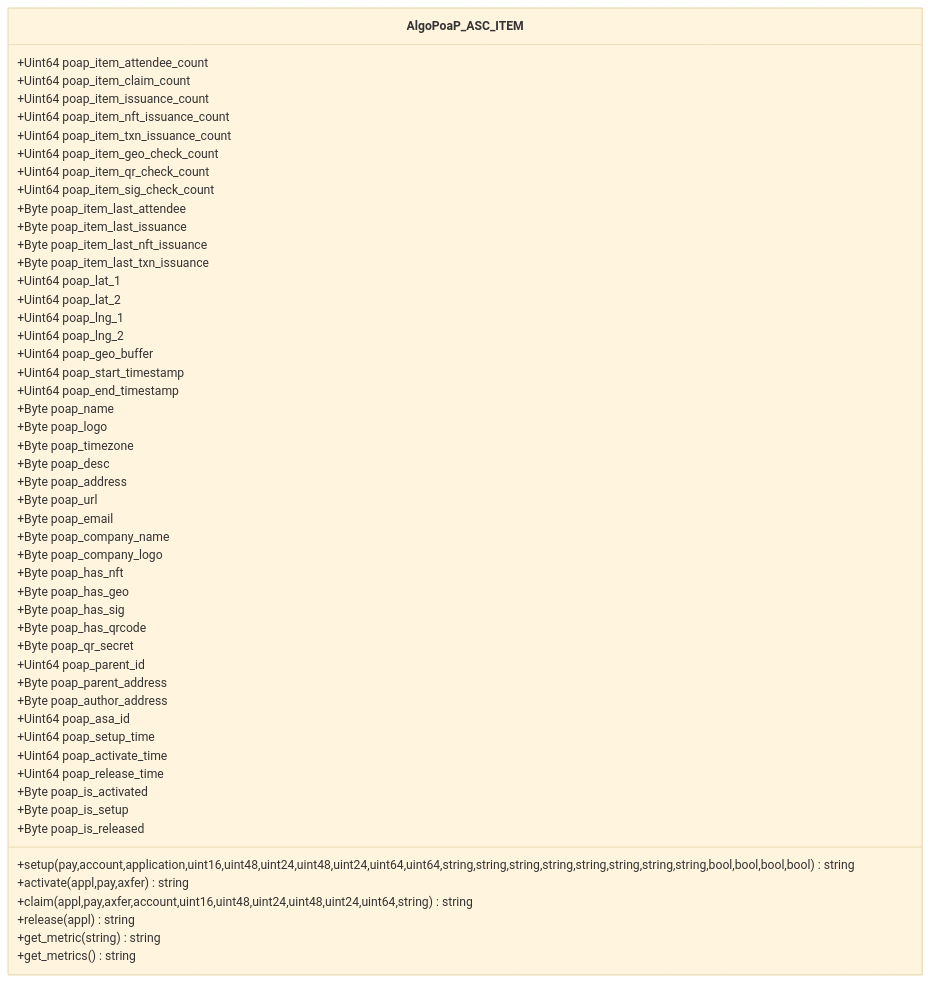
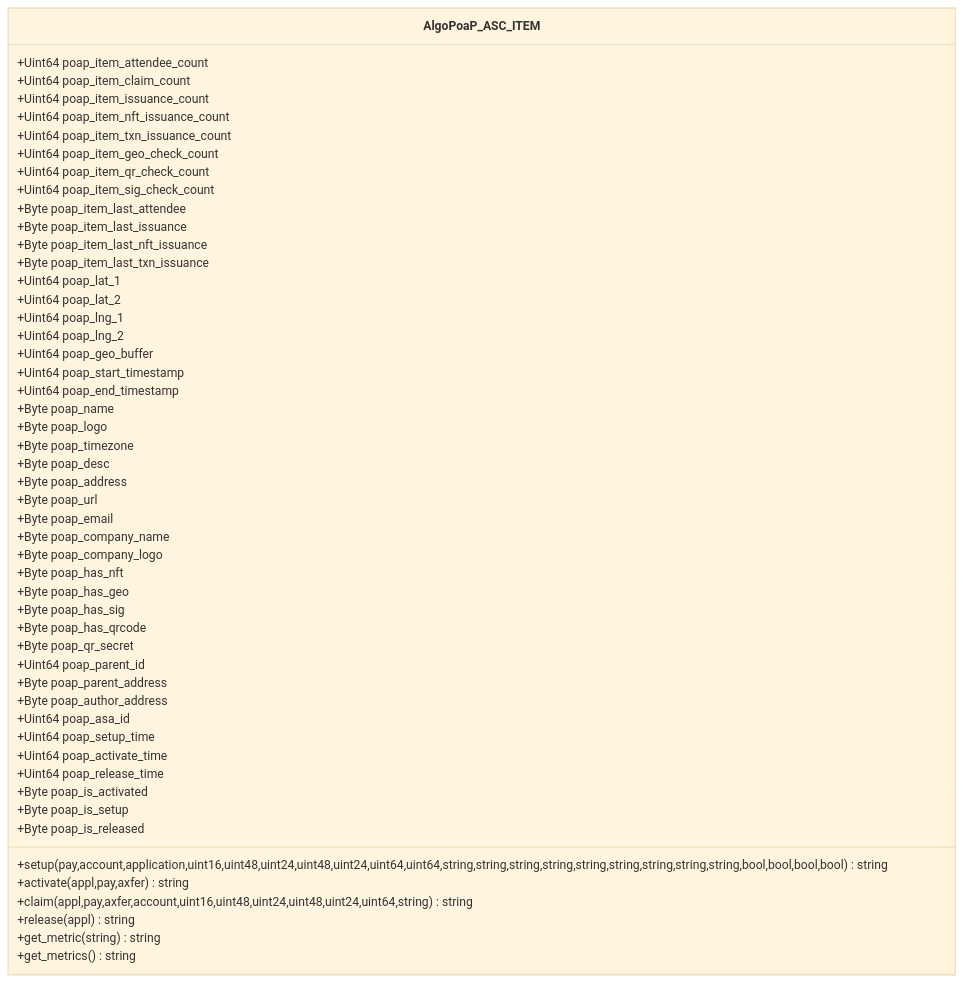
Before and after one commit to GoPlausible/.github: the tenth of 10 diagrams in profile/README.md, drawn with Mermaid (base theme).

````diff
--- a/profile/README.md
+++ b/profile/README.md
@@ -612,71 +612,71 @@
 ```mermaid
   classDiagram
     class AlgoPoaP_ASC_ITEM
     AlgoPoaP_ASC_ITEM : +Uint64 poap_item_attendee_count
     AlgoPoaP_ASC_ITEM : +Uint64 poap_item_claim_count
     AlgoPoaP_ASC_ITEM : +Uint64 poap_item_issuance_count
     AlgoPoaP_ASC_ITEM : +Uint64 poap_item_nft_issuance_count
     AlgoPoaP_ASC_ITEM : +Uint64 poap_item_txn_issuance_count
 
     AlgoPoaP_ASC_ITEM : +Uint64 poap_item_geo_check_count
     AlgoPoaP_ASC_ITEM : +Uint64 poap_item_qr_check_count
     AlgoPoaP_ASC_ITEM : +Uint64 poap_item_sig_check_count
 
   
     AlgoPoaP_ASC_ITEM : +Byte poap_item_last_attendee
     AlgoPoaP_ASC_ITEM : +Byte poap_item_last_issuance
     AlgoPoaP_ASC_ITEM : +Byte poap_item_last_nft_issuance
     AlgoPoaP_ASC_ITEM : +Byte poap_item_last_txn_issuance
 
 
     AlgoPoaP_ASC_ITEM : +Uint64 poap_lat_1
     AlgoPoaP_ASC_ITEM : +Uint64 poap_lat_2
     AlgoPoaP_ASC_ITEM : +Uint64 poap_lng_1
     AlgoPoaP_ASC_ITEM : +Uint64 poap_lng_2
     AlgoPoaP_ASC_ITEM : +Uint64 poap_geo_buffer
     AlgoPoaP_ASC_ITEM : +Uint64 poap_start_timestamp
     AlgoPoaP_ASC_ITEM : +Uint64 poap_end_timestamp
     AlgoPoaP_ASC_ITEM : +Byte poap_name
     AlgoPoaP_ASC_ITEM : +Byte poap_logo
     AlgoPoaP_ASC_ITEM : +Byte poap_timezone
     AlgoPoaP_ASC_ITEM : +Byte poap_desc
     AlgoPoaP_ASC_ITEM : +Byte poap_address
     AlgoPoaP_ASC_ITEM : +Byte poap_url
     AlgoPoaP_ASC_ITEM : +Byte poap_email
     AlgoPoaP_ASC_ITEM : +Byte poap_company_name
     AlgoPoaP_ASC_ITEM : +Byte poap_company_logo
     AlgoPoaP_ASC_ITEM : +Byte poap_has_nft
     AlgoPoaP_ASC_ITEM : +Byte poap_has_geo
     AlgoPoaP_ASC_ITEM : +Byte poap_has_sig
     AlgoPoaP_ASC_ITEM : +Byte poap_has_qrcode
     AlgoPoaP_ASC_ITEM : +Byte poap_qr_secret
 
 
     AlgoPoaP_ASC_ITEM : +Uint64 poap_parent_id
     AlgoPoaP_ASC_ITEM : +Byte poap_parent_address
     AlgoPoaP_ASC_ITEM : +Byte poap_author_address
     AlgoPoaP_ASC_ITEM : +Uint64 poap_asa_id
 
     AlgoPoaP_ASC_ITEM : +Uint64 poap_setup_time
     AlgoPoaP_ASC_ITEM : +Uint64 poap_activate_time
     AlgoPoaP_ASC_ITEM : +Uint64 poap_release_time
 
 
      AlgoPoaP_ASC_ITEM : +Byte poap_is_activated
     AlgoPoaP_ASC_ITEM : +Byte poap_is_setup
     AlgoPoaP_ASC_ITEM : +Byte poap_is_released
 
 
 
  
 
-    AlgoPoaP_ASC_ITEM : +setup(pay,account,application,uint16,uint48,uint24,uint48,uint24,uint64,uint64,string,string,string,string,string,string,string,string,bool,bool,bool,bool)string
+    AlgoPoaP_ASC_ITEM : +setup(pay,account,application,uint16,uint48,uint24,uint48,uint24,uint64,uint64,string,string,string,string,string,string,string,string,string,bool,bool,bool,bool)string
     AlgoPoaP_ASC_ITEM : +activate(appl,pay,axfer)string
     AlgoPoaP_ASC_ITEM : +claim(appl,pay,axfer,account,uint16,uint48,uint24,uint48,uint24,uint64,string)string
     AlgoPoaP_ASC_ITEM : +release(appl)string
     AlgoPoaP_ASC_ITEM : +get_metric(string)string
     AlgoPoaP_ASC_ITEM : +get_metrics()string
     
   
     
 ```
````
